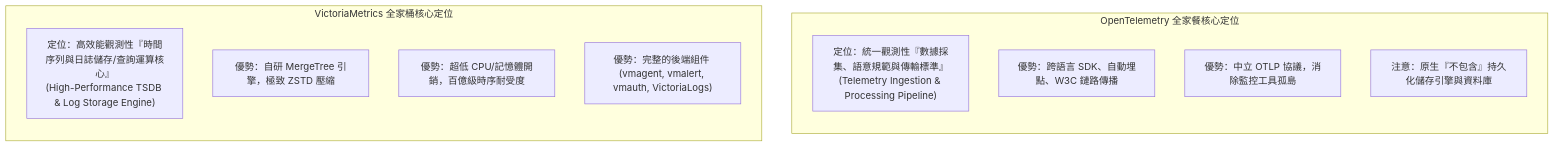
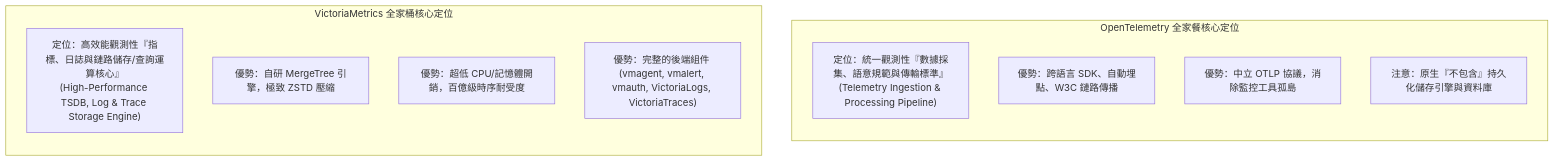
Before and after one commit to windcoldchen/windcold-kb: the first of 4 diagrams in docs/notes/otel-vs-victoriametrics-fullstack.md, drawn with Mermaid. The commit also changed other lines of this file, not shown here.

Commit message:
docs: otel-vs-victoriametrics-fullstack 更新鏈路追蹤組件為 VictoriaTraces (#32)

````diff
--- a/docs/notes/otel-vs-victoriametrics-fullstack.md
+++ b/docs/notes/otel-vs-victoriametrics-fullstack.md
@@ -27,18 +28,18 @@
 ```mermaid
 flowchart TD
     subgraph OTelPositioning["OpenTelemetry 全家餐核心定位"]
         direction TB
         OT_Role["定位：統一觀測性『數據採集、語意規範與傳輸標準』<br/>(Telemetry Ingestion & Processing Pipeline)"]
         OT_Adv1["優勢：跨語言 SDK、自動埋點、W3C 鏈路傳播"]
         OT_Adv2["優勢：中立 OTLP 協議，消除監控工具孤島"]
         OT_Lim["注意：原生『不包含』持久化儲存引擎與資料庫"]
     end
 
     subgraph VMPositioning["VictoriaMetrics 全家桶核心定位"]
         direction TB
-        VM_Role["定位：高效能觀測性『時間序列與日誌儲存/查詢運算核心』<br/>(High-Performance TSDB & Log Storage Engine)"]
+        VM_Role["定位：高效能觀測性『指標、日誌與鏈路儲存/查詢運算核心』<br/>(High-Performance TSDB, Log & Trace Storage Engine)"]
         VM_Adv1["優勢：自研 MergeTree 引擎，極致 ZSTD 壓縮"]
         VM_Adv2["優勢：超低 CPU/記憶體開銷，百億級時序耐受度"]
-        VM_Adv3["優勢：完整的後端組件 (vmagent, vmalert, vmauth, VictoriaLogs)"]
+        VM_Adv3["優勢：完整的後端組件 (vmagent, vmalert, vmauth, VictoriaLogs, VictoriaTraces)"]
     end
 ```
````
